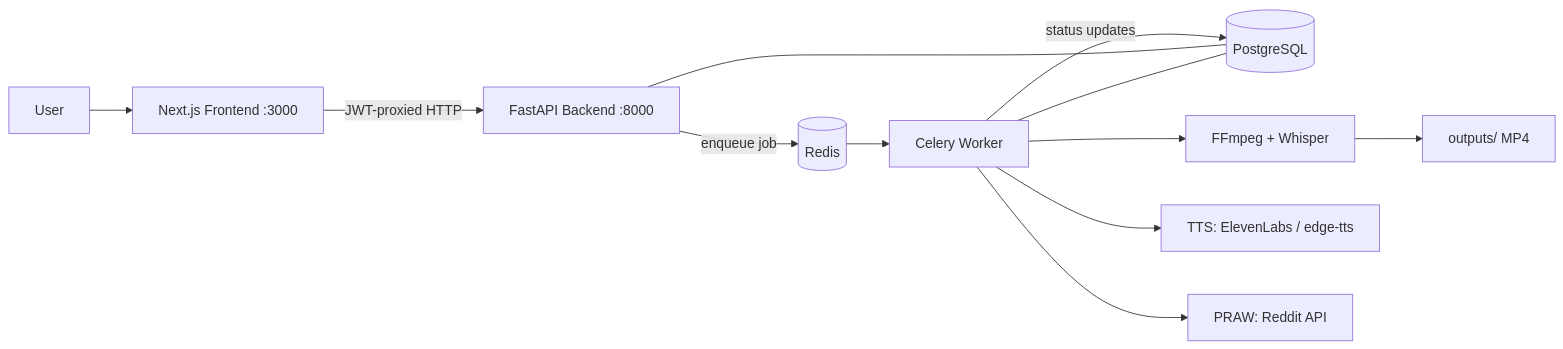
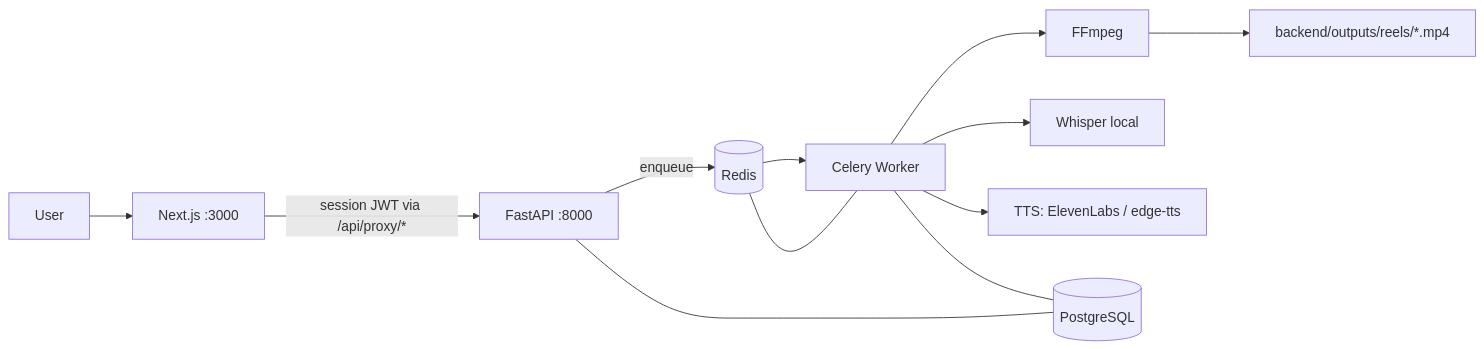
One commit to roshankhanxox/redditify changed the first of 4 diagrams in README.md. Above: the diagram before and after it, drawn with Mermaid. The commit also changed other lines of this file and 5 other files, not shown here.

Commit message:
docs: full README with mermaid diagrams, one-command run.sh launcher, env examples, troubleshooting

````diff
--- a/README.md
+++ b/README.md
@@ -11,14 +21,14 @@
 ```mermaid
 flowchart LR
-    U[User] --> FE[Next.js Frontend :3000]
-    FE -- "JWT-proxied HTTP" --> BE[FastAPI Backend :8000]
-    BE -- "enqueue job" --> RD[(Redis)]
+    U[User] --> FE[Next.js :3000]
+    FE -- "session JWT via /api/proxy/*" --> BE[FastAPI :8000]
+    BE -- "enqueue" --> RD[(Redis)]
     RD --> WK[Celery Worker]
-    WK -- status updates --> PG[(PostgreSQL)]
-    BE --- PG
+    WK --> FF[FFmpeg]
+    WK --> WH[Whisper local]
+    WK --> TTS[TTS: ElevenLabs / edge-tts]
+    BE --- PG[(PostgreSQL)]
     WK --- PG
-    WK --> FF[FFmpeg + Whisper]
-    WK --> TTS[TTS: ElevenLabs / edge-tts]
-    WK --> PRAW[PRAW: Reddit API]
-    FF --> OUT[outputs/ MP4]
+    WK --- RD
+    FF --> OUT[backend/outputs/reels/*.mp4]
 ```
````
